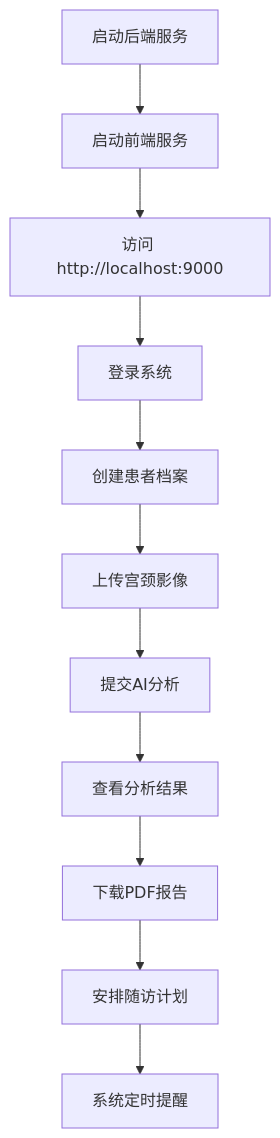
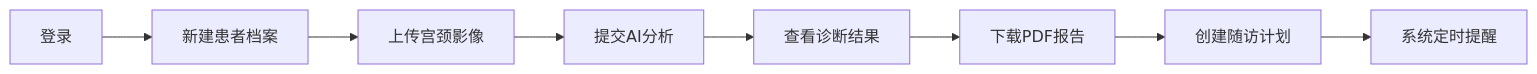
One commit to xingranya/CervixDetectAI changed diagram 14 of 14 in 项目技术报告.md. Above: the diagram before and after it, drawn with Mermaid. The commit also changed other lines of this file and 4 other files, not shown here.

````diff
--- a/项目技术报告.md
+++ b/项目技术报告.md
@@ -615,13 +631,10 @@
 ```mermaid
-flowchart TD
-    A[启动后端服务] --> B[启动前端服务]
-    B --> C[访问 http://localhost:9000]
-    C --> D[登录系统]
-    D --> E[创建患者档案]
-    E --> F[上传宫颈影像]
-    F --> G[提交AI分析]
-    G --> H[查看分析结果]
-    H --> I[下载PDF报告]
-    I --> J[安排随访计划]
-    J --> K[系统定时提醒]
+flowchart LR
+    A[登录] --> B[新建患者档案]
+    B --> C[上传宫颈影像]
+    C --> D[提交AI分析]
+    D --> E[查看诊断结果]
+    E --> F[下载PDF报告]
+    F --> G[创建随访计划]
+    G --> H[系统定时提醒]
 ```
````
